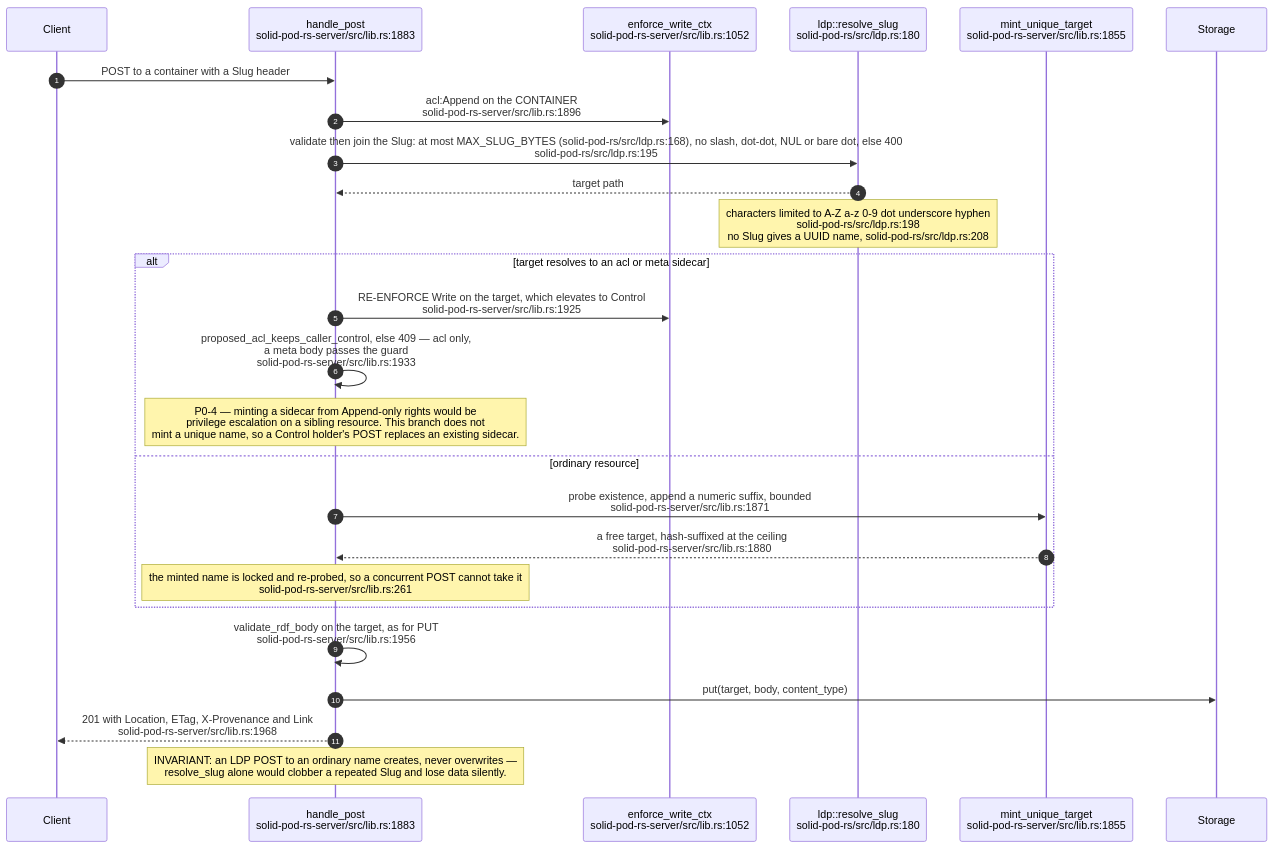
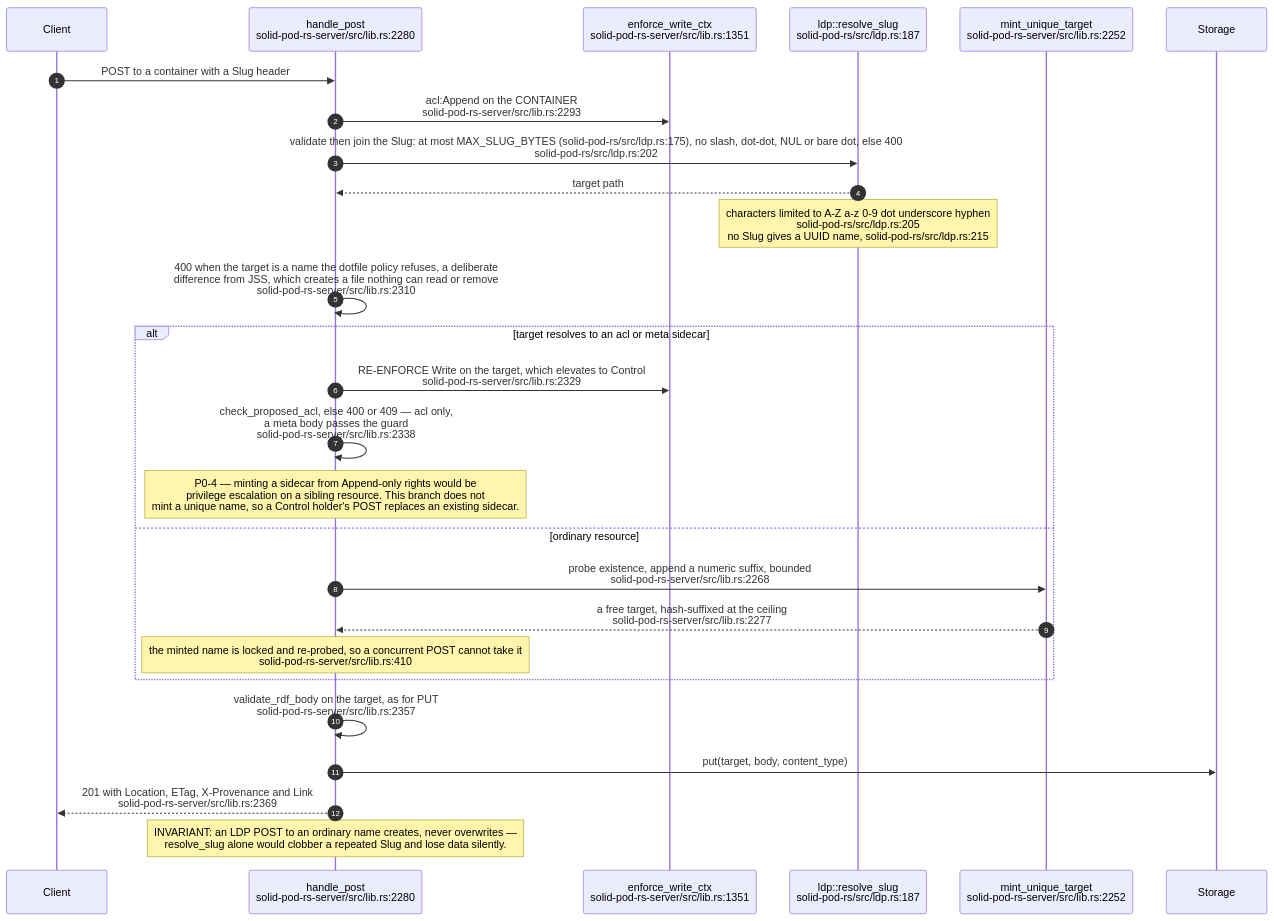
One commit to DreamLab-AI/VisionFlow changed the fourth of 14 diagrams in docs/diagrams/solid-pod-rs/03-ldp-request-lifecycle.md. Above: the diagram before and after it, drawn with Mermaid. The commit also changed other lines of this file and 1 other file, not shown here.

First line of the commit message:
docs(diagrams): SP-03, SP-13 re-verified at solid-pod-rs a28a748

````diff
--- a/docs/diagrams/solid-pod-rs/03-ldp-request-lifecycle.md
+++ b/docs/diagrams/solid-pod-rs/03-ldp-request-lifecycle.md
@@ -129,29 +137,30 @@
 ```mermaid
 sequenceDiagram
     autonumber
     participant C as Client
-    participant P as handle_post<br/>solid-pod-rs-server/src/lib.rs:1883
-    participant W as enforce_write_ctx<br/>solid-pod-rs-server/src/lib.rs:1052
-    participant SL as ldp::resolve_slug<br/>solid-pod-rs/src/ldp.rs:180
-    participant MU as mint_unique_target<br/>solid-pod-rs-server/src/lib.rs:1855
+    participant P as handle_post<br/>solid-pod-rs-server/src/lib.rs:2280
+    participant W as enforce_write_ctx<br/>solid-pod-rs-server/src/lib.rs:1351
+    participant SL as ldp::resolve_slug<br/>solid-pod-rs/src/ldp.rs:187
+    participant MU as mint_unique_target<br/>solid-pod-rs-server/src/lib.rs:2252
     participant S as Storage
 
     C->>P: POST to a container with a Slug header
-    P->>W: acl:Append on the CONTAINER<br/>solid-pod-rs-server/src/lib.rs:1896
-    P->>SL: validate then join the Slug: at most MAX_SLUG_BYTES (solid-pod-rs/src/ldp.rs:168), no slash, dot-dot, NUL or bare dot, else 400<br/>solid-pod-rs/src/ldp.rs:195
+    P->>W: acl:Append on the CONTAINER<br/>solid-pod-rs-server/src/lib.rs:2293
+    P->>SL: validate then join the Slug: at most MAX_SLUG_BYTES (solid-pod-rs/src/ldp.rs:175), no slash, dot-dot, NUL or bare dot, else 400<br/>solid-pod-rs/src/ldp.rs:202
     SL-->>P: target path
-    Note over SL: characters limited to A-Z a-z 0-9 dot underscore hyphen<br/>solid-pod-rs/src/ldp.rs:198<br/>no Slug gives a UUID name, solid-pod-rs/src/ldp.rs:208
+    Note over SL: characters limited to A-Z a-z 0-9 dot underscore hyphen<br/>solid-pod-rs/src/ldp.rs:205<br/>no Slug gives a UUID name, solid-pod-rs/src/ldp.rs:215
+    P->>P: 400 when the target is a name the dotfile policy refuses, a deliberate<br/>difference from JSS, which creates a file nothing can read or remove<br/>solid-pod-rs-server/src/lib.rs:2310
     alt target resolves to an acl or meta sidecar
-        P->>W: RE-ENFORCE Write on the target, which elevates to Control<br/>solid-pod-rs-server/src/lib.rs:1925
-        P->>P: proposed_acl_keeps_caller_control, else 409 — acl only,<br/>a meta body passes the guard<br/>solid-pod-rs-server/src/lib.rs:1933
+        P->>W: RE-ENFORCE Write on the target, which elevates to Control<br/>solid-pod-rs-server/src/lib.rs:2329
+        P->>P: check_proposed_acl, else 400 or 409 — acl only,<br/>a meta body passes the guard<br/>solid-pod-rs-server/src/lib.rs:2338
         Note over P: P0-4 — minting a sidecar from Append-only rights would be<br/>privilege escalation on a sibling resource. This branch does not<br/>mint a unique name, so a Control holder's POST replaces an existing sidecar.
     else ordinary resource
-        P->>MU: probe existence, append a numeric suffix, bounded<br/>solid-pod-rs-server/src/lib.rs:1871
-        MU-->>P: a free target, hash-suffixed at the ceiling<br/>solid-pod-rs-server/src/lib.rs:1880
-    Note over P: the minted name is locked and re-probed, so a concurrent POST cannot take it<br/>solid-pod-rs-server/src/lib.rs:261
+        P->>MU: probe existence, append a numeric suffix, bounded<br/>solid-pod-rs-server/src/lib.rs:2268
+        MU-->>P: a free target, hash-suffixed at the ceiling<br/>solid-pod-rs-server/src/lib.rs:2277
+    Note over P: the minted name is locked and re-probed, so a concurrent POST cannot take it<br/>solid-pod-rs-server/src/lib.rs:410
     end
-    P->>P: validate_rdf_body on the target, as for PUT<br/>solid-pod-rs-server/src/lib.rs:1956
+    P->>P: validate_rdf_body on the target, as for PUT<br/>solid-pod-rs-server/src/lib.rs:2357
     P->>S: put(target, body, content_type)
-    P-->>C: 201 with Location, ETag, X-Provenance and Link<br/>solid-pod-rs-server/src/lib.rs:1968
+    P-->>C: 201 with Location, ETag, X-Provenance and Link<br/>solid-pod-rs-server/src/lib.rs:2369
     Note over P: INVARIANT: an LDP POST to an ordinary name creates, never overwrites —<br/>resolve_slug alone would clobber a repeated Slug and lose data silently.
 ```
````
